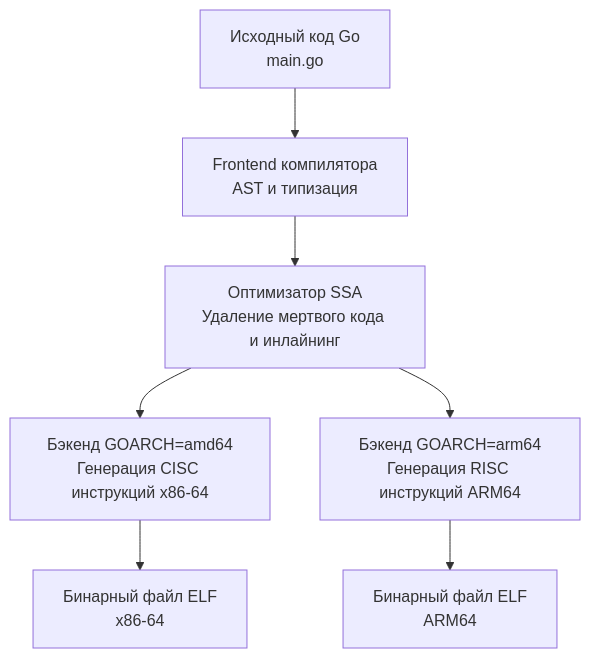
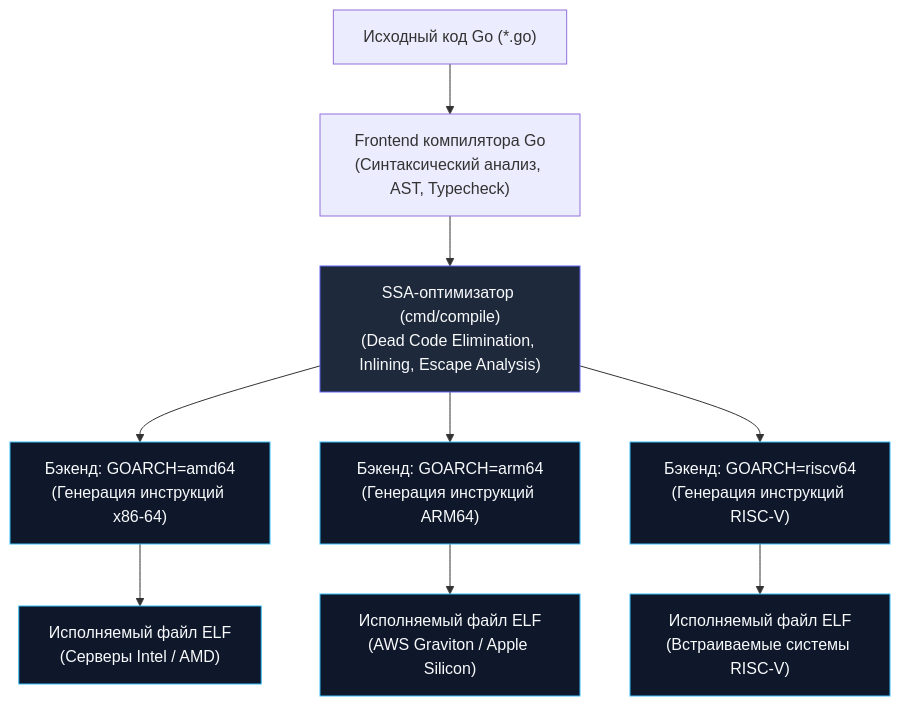
The third of 3 diagrams in sources/1. Архитектура компьютера/8. ISA. Интерфейс между железом и софтом.md (UnrealTemplier/go-textbook), drawn with Mermaid before and after one commit. The commit also changed other lines of this file, not shown here.

````diff
--- a/sources/1. Архитектура компьютера/8. ISA. Интерфейс между железом и софтом.md
+++ b/sources/1. Архитектура компьютера/8. ISA. Интерфейс между железом и софтом.md
@@ -44,11 +126,18 @@
 ```mermaid
 flowchart TD
-    GoSource["Исходный код Go<br>main.go"] --> Frontend["Frontend компилятора<br>AST и типизация"]
-    Frontend --> SSA["Оптимизатор SSA<br>Удаление мертвого кода и инлайнинг"]
+    GoSource["Исходный код Go (*.go)"] --> Front["Frontend компилятора Go<br>(Синтаксический анализ, AST, Typecheck)"]
+    Front --> SSA["SSA-оптимизатор (cmd/compile)<br>(Dead Code Elimination, Inlining, Escape Analysis)"]
     
-    SSA --> BackendAMD["Бэкенд GOARCH=amd64<br>Генерация CISC инструкций x86-64"]
-    SSA --> BackendARM["Бэкенд GOARCH=arm64<br>Генерация RISC инструкций ARM64"]
-    
-    BackendAMD --> BinAMD["Бинарный файл ELF<br>x86-64"]
-    BackendARM --> BinARM["Бинарный файл ELF<br>ARM64"]
+    SSA --> BackendAMD["Бэкенд: GOARCH=amd64<br>(Генерация инструкций x86-64)"]
+    SSA --> BackendARM["Бэкенд: GOARCH=arm64<br>(Генерация инструкций ARM64)"]
+    SSA --> BackendRISC["Бэкенд: GOARCH=riscv64<br>(Генерация инструкций RISC-V)"]
+
+    BackendAMD --> ELF_AMD["Исполняемый файл ELF<br>(Серверы Intel / AMD)"]
+    BackendARM --> ELF_ARM["Исполняемый файл ELF<br>(AWS Graviton / Apple Silicon)"]
+    BackendRISC --> ELF_RISC["Исполняемый файл ELF<br>(Встраиваемые системы RISC-V)"]
+
+    classDef ssa fill:#1e293b,stroke:#6366f1,stroke-width:1px,color:#f8fafc;
+    classDef arch fill:#0f172a,stroke:#38bdf8,stroke-width:1px,color:#f8fafc;
+    class SSA ssa;
+    class BackendAMD,BackendARM,BackendRISC,ELF_AMD,ELF_ARM,ELF_RISC arch;
 ```
````
